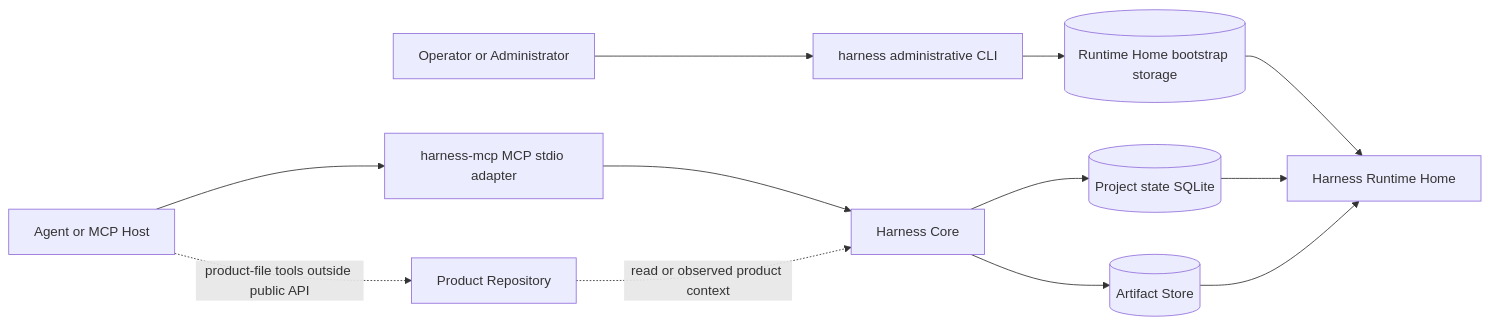
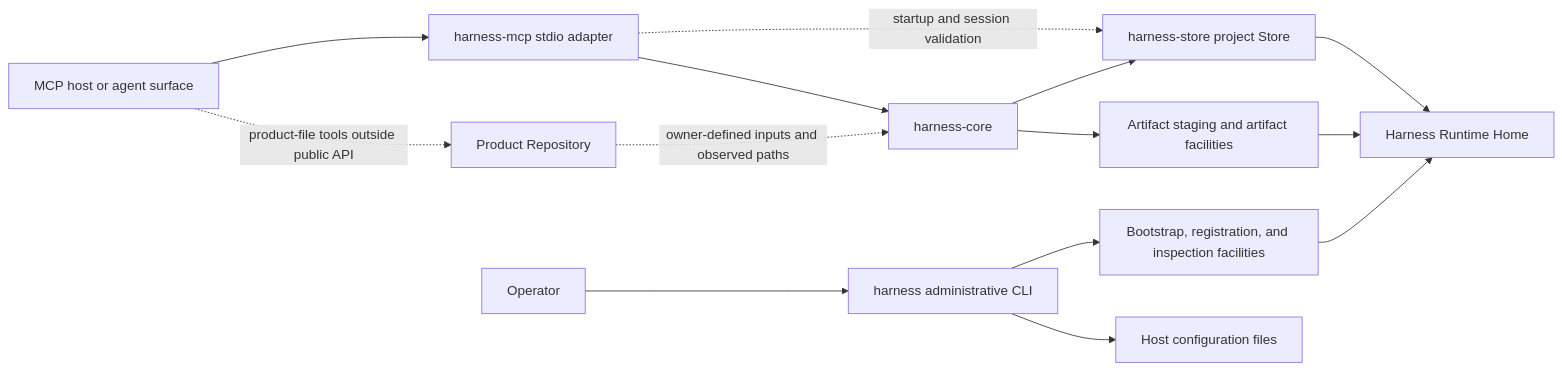
The first of 3 diagrams in docs/en/build/architecture.md (minjungw00/Harness_Project), drawn with Mermaid before and after one commit. The commit also changed other lines of this file and 1 other file, not shown here.

Commit message:
docs: document the implementation architecture

````diff
--- a/docs/en/build/architecture.md
+++ b/docs/en/build/architecture.md
@@ -20,25 +11,30 @@
 ```mermaid
 flowchart LR
-  host[Agent or MCP Host]
-  mcp[harness-mcp MCP stdio adapter]
-  operator[Operator or Administrator]
-  cli[harness administrative CLI]
-  core[Harness Core]
-  sqlite[(Project state SQLite)]
-  bootstrap[(Runtime Home bootstrap storage)]
-  artifacts[(Artifact Store)]
-  runtime[Harness Runtime Home]
-  product[Product Repository]
+  host[MCP host or agent surface]
+  mcp["harness-mcp stdio adapter"]
+  core["harness-core"]
+  store["harness-store project Store"]
+  artifacts[Artifact staging and artifact facilities]
+  operator[Operator]
+  cli["harness administrative CLI"]
+  bootstrap[Bootstrap, registration, and inspection facilities]
+  runtime["Harness Runtime Home"]
+  config[Host configuration files]
+  product["Product Repository"]
 
   host --> mcp
   mcp --> core
+  mcp -. startup and session validation .-> store
+  core --> store
+  core --> artifacts
+  store --> runtime
+  artifacts --> runtime
+
   operator --> cli
   cli --> bootstrap
-  core --> sqlite
-  core --> artifacts
+  cli --> config
   bootstrap --> runtime
-  sqlite --> runtime
-  artifacts --> runtime
-  product -. read or observed product context .-> core
+
+  product -. owner-defined inputs and observed paths .-> core
   host -. product-file tools outside public API .-> product
 ```
````
